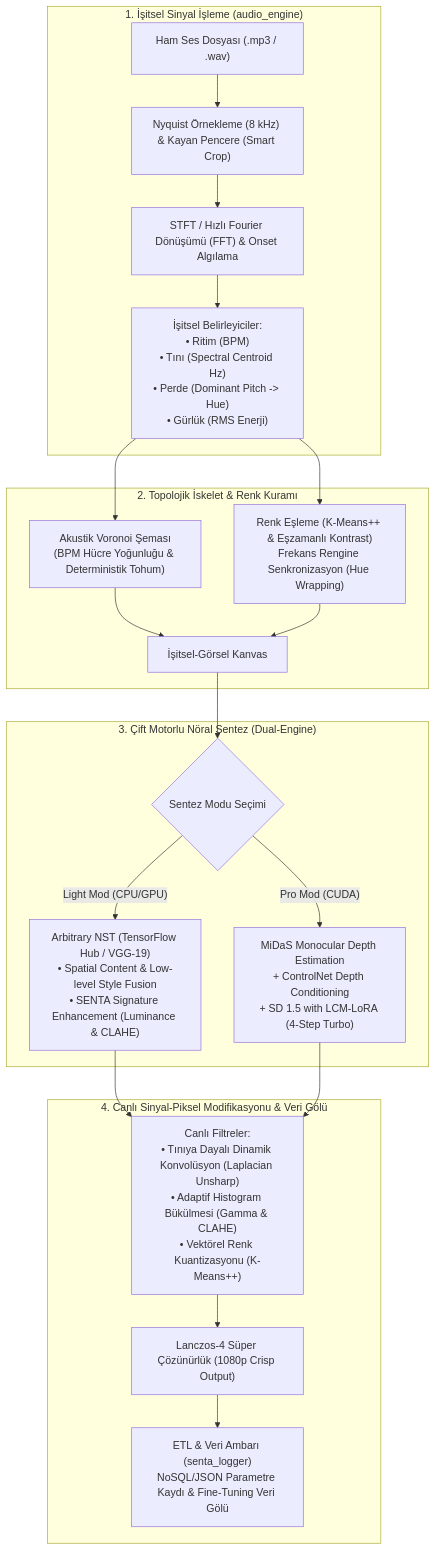
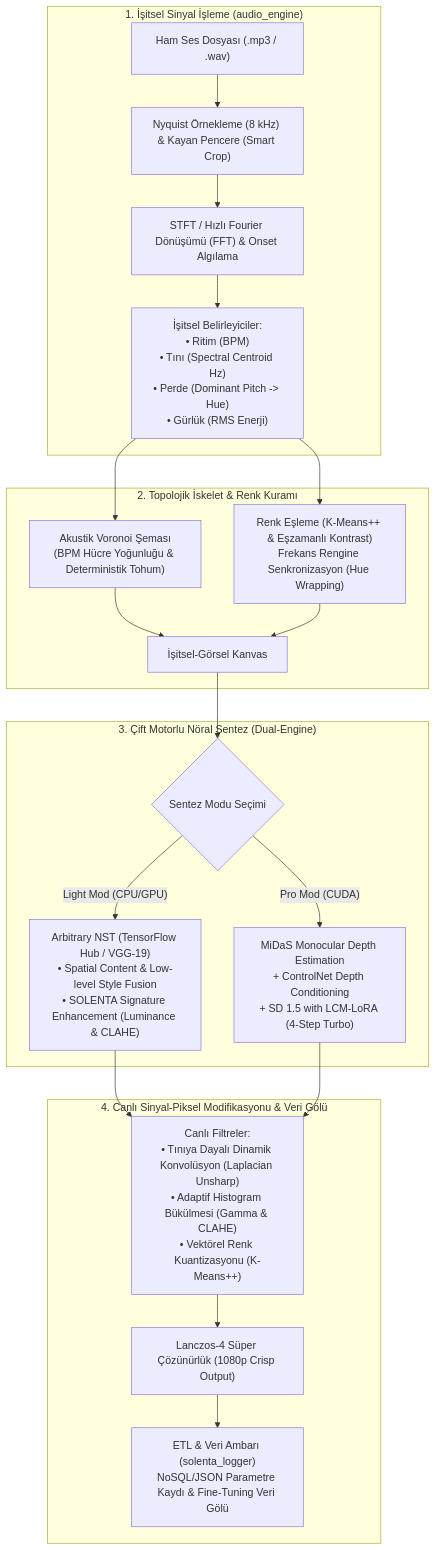
Before and after one commit to Warkrone34/Solenta: the diagram in README.md, drawn with Mermaid. The commit also changed other lines of this file and 7 other files, not shown here.

Commit message:
refactor: complete project rebranding to Solenta (architecture, logs & docs)

````diff
--- a/README.md
+++ b/README.md
@@ -30,26 +30,26 @@
 ```mermaid
 flowchart TD
     subgraph Audio_Processing ["1. İşitsel Sinyal İşleme (audio_engine)"]
         A["Ham Ses Dosyası (.mp3 / .wav)"] --> B["Nyquist Örnekleme (8 kHz) & Kayan Pencere (Smart Crop)"]
         B --> C["STFT / Hızlı Fourier Dönüşümü (FFT) & Onset Algılama"]
         C --> D["İşitsel Belirleyiciler:\n• Ritim (BPM)\n• Tını (Spectral Centroid Hz)\n• Perde (Dominant Pitch -> Hue)\n• Gürlük (RMS Enerji)"]
     end
 
     subgraph Topological_Canvas ["2. Topolojik İskelet & Renk Kuramı"]
         D --> E["Akustik Voronoi Şeması\n(BPM Hücre Yoğunluğu & Deterministik Tohum)"]
         D --> F["Renk Eşleme (K-Means++ & Eşzamanlı Kontrast)\nFrekans Rengine Senkronizasyon (Hue Wrapping)"]
         E & F --> G["İşitsel-Görsel Kanvas"]
     end
 
     subgraph Dual_Engine ["3. Çift Motorlu Nöral Sentez (Dual-Engine)"]
         G --> H{"Sentez Modu Seçimi"}
-        H -->|"Light Mod (CPU/GPU)"| I["Arbitrary NST (TensorFlow Hub / VGG-19)\n• Spatial Content & Low-level Style Fusion\n• SENTA Signature Enhancement (Luminance & CLAHE)"]
+        H -->|"Light Mod (CPU/GPU)"| I["Arbitrary NST (TensorFlow Hub / VGG-19)\n• Spatial Content & Low-level Style Fusion\n• SOLENTA Signature Enhancement (Luminance & CLAHE)"]
         H -->|"Pro Mod (CUDA)"| J["MiDaS Monocular Depth Estimation\n+ ControlNet Depth Conditioning\n+ SD 1.5 with LCM-LoRA (4-Step Turbo)"]
     end
 
     subgraph Post_Processing ["4. Canlı Sinyal-Piksel Modifikasyonu & Veri Gölü"]
         I & J --> K["Canlı Filtreler:\n• Tınıya Dayalı Dinamik Konvolüsyon (Laplacian Unsharp)\n• Adaptif Histogram Bükülmesi (Gamma & CLAHE)\n• Vektörel Renk Kuantizasyonu (K-Means++)"]
         K --> L["Lanczos-4 Süper Çözünürlük (1080p Crisp Output)"]
-        L --> M["ETL & Veri Ambarı (senta_logger)\nNoSQL/JSON Parametre Kaydı & Fine-Tuning Veri Gölü"]
+        L --> M["ETL & Veri Ambarı (solenta_logger)\nNoSQL/JSON Parametre Kaydı & Fine-Tuning Veri Gölü"]
     end
 ```
````
